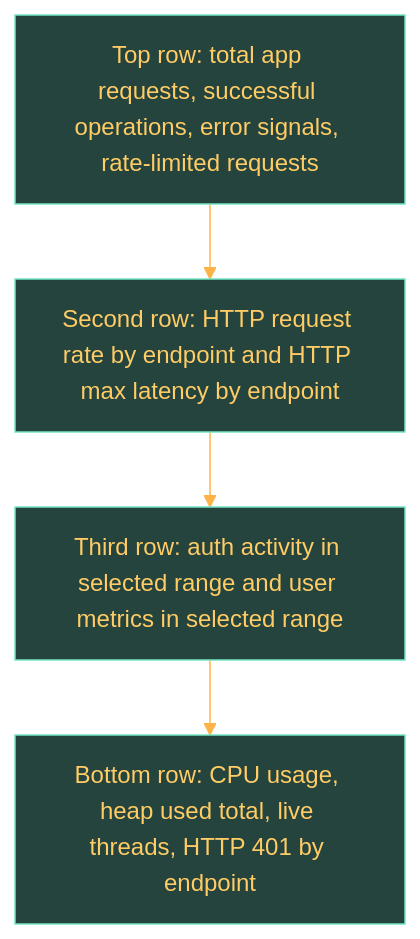
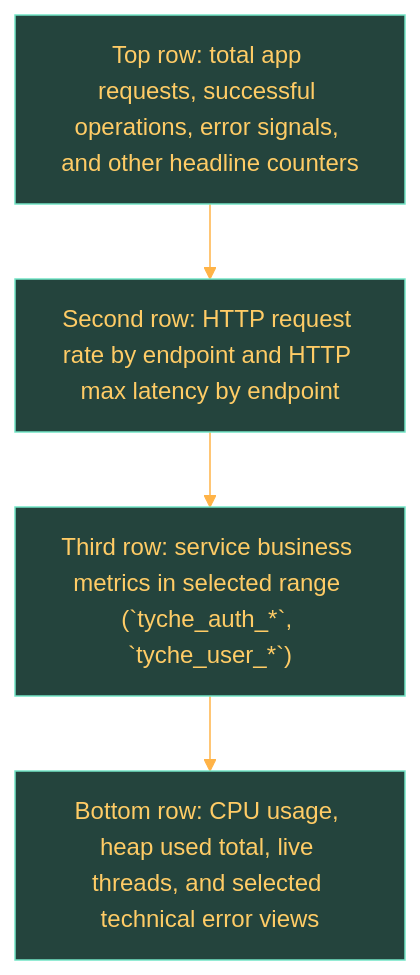
The diagram in docs/knowledge/services/user-service/observability.md (ismaelperezdev/Tyche-Wealth), drawn with Mermaid before and after one commit. The commit also changed other lines of this file and 16 other files, not shown here.

````diff
--- a/docs/knowledge/services/user-service/observability.md
+++ b/docs/knowledge/services/user-service/observability.md
@@ -20,50 +20,50 @@
 ```mermaid
 %%{init: {
   "theme": "base",
   "themeVariables": {
     "background": "#1c2c29",
     "primaryColor": "#24443d",
     "primaryTextColor": "#ffcc66",
     "primaryBorderColor": "#73e5c6",
     "lineColor": "#ffb347",
     "secondaryColor": "#203934",
     "tertiaryColor": "#294c44",
     "mainBkg": "#24443d",
     "secondBkg": "#203934",
     "tertiaryBkg": "#294c44",
     "clusterBkg": "#17312d",
     "clusterBorder": "#57c8a8",
     "nodeBkg": "#24443d",
     "nodeBorder": "#73e5c6",
     "defaultLinkColor": "#ffb347",
     "titleColor": "#ffcc66",
     "textColor": "#ffcc66",
     "edgeLabelBackground": "#17312d",
     "actorBkg": "#24443d",
     "actorBorder": "#73e5c6",
     "actorTextColor": "#ffcc66",
     "actorLineColor": "#ffb347",
     "signalColor": "#ffb347",
     "signalTextColor": "#ffcc66",
     "labelBoxBkgColor": "#17312d",
     "labelBoxBorderColor": "#57c8a8",
     "labelTextColor": "#ffcc66",
     "loopTextColor": "#ffcc66",
     "noteBkgColor": "#294c44",
     "noteBorderColor": "#82e7cb",
     "noteTextColor": "#ffcc66",
     "activationBkgColor": "#2c5a50",
     "activationBorderColor": "#73e5c6",
     "sectionBkgColor": "#1b3531",
     "altSectionBkgColor": "#22413b",
     "gridColor": "rgba(255, 179, 71, 0.22)"
   },
   "themeCSS": ".messageText, .messageText tspan, .label text, .label tspan, .edgeLabel text, .edgeLabel tspan, .nodeLabel, .nodeLabel p, .nodeLabel span, .label foreignObject, .label foreignObject div, .cluster-label text, .cluster-label tspan, .actor text, .actor tspan, .loopText, .noteText, .er text, .er tspan, .er.entityLabel, .er.attributeText, .er.relationshipLabel, .er foreignObject div, .er foreignObject span, .er foreignObject td, .er foreignObject th { fill: #ffcc66 !important; color: #ffcc66 !important; } .messageLine0, .messageLine1, .flowchart-link, .edgePath path, .actor-line, .er.relationshipLine { stroke: #ffb347 !important; fill: none !important; } .arrowheadPath, marker path { stroke: #ffb347 !important; fill: #ffb347 !important; } .er rect, .er .entityBox, .er .attributeBoxEven, .er .attributeBoxOdd { fill: #24443d !important; stroke: #73e5c6 !important; } .er .relationshipLabelBox { fill: #17312d !important; stroke: #57c8a8 !important; } .er foreignObject, .er foreignObject div, .er foreignObject table { background: #24443d !important; } .er foreignObject tr:nth-child(odd), .er foreignObject tr:nth-child(odd) td { background: #24443d !important; } .er foreignObject tr:nth-child(even), .er foreignObject tr:nth-child(even) td { background: #2b4f47 !important; } .er foreignObject td, .er foreignObject th { border-color: #73e5c6 !important; }"
 }}%%
 flowchart TD
-  A["Top row: total app requests, successful operations, error signals, rate-limited requests"]
+  A["Top row: total app requests, successful operations, error signals, and other headline counters"]
   B["Second row: HTTP request rate by endpoint and HTTP max latency by endpoint"]
-  C["Third row: auth activity in selected range and user metrics in selected range"]
-  D["Bottom row: CPU usage, heap used total, live threads, HTTP 401 by endpoint"]
+  C["Third row: service business metrics in selected range (`tyche_auth_*`, `tyche_user_*`)"]
+  D["Bottom row: CPU usage, heap used total, live threads, and selected technical error views"]
   A --> B --> C --> D
 ```
````
